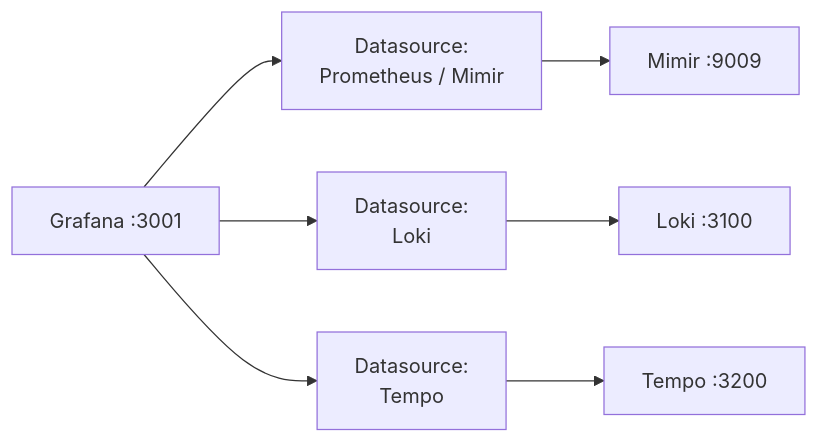
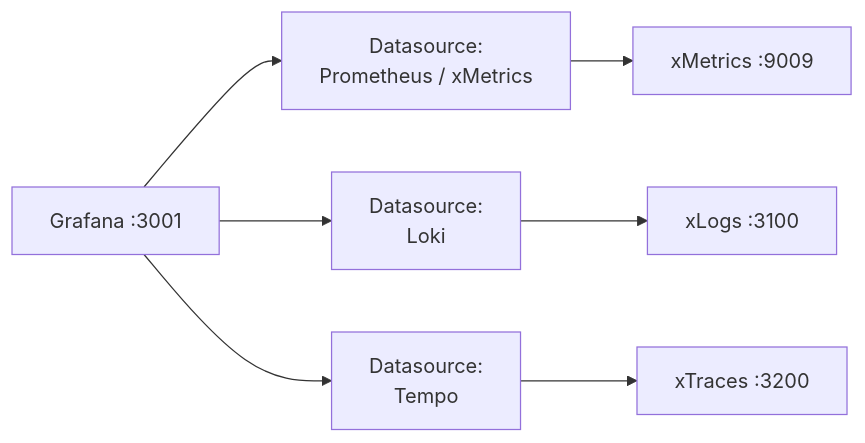
The diagram in docs/labs/lab-04-grafana.md (xscaler/training), drawn with Mermaid before and after one commit. The commit also changed other lines of this file and 29 other files, not shown here.

````diff
--- a/docs/labs/lab-04-grafana.md
+++ b/docs/labs/lab-04-grafana.md
@@ -15,14 +15,14 @@
 ```mermaid
 graph LR
     GR[Grafana :3001]
-    DS_M[Datasource:\nPrometheus / Mimir]
+    DS_M[Datasource:\nPrometheus / xMetrics]
     DS_L[Datasource:\nLoki]
     DS_T[Datasource:\nTempo]
-    MI[Mimir :9009]
-    LO[Loki :3100]
-    TE[Tempo :3200]
+    MI[xMetrics :9009]
+    LO[xLogs :3100]
+    TE[xTraces :3200]
 
     GR --> DS_M --> MI
     GR --> DS_L --> LO
     GR --> DS_T --> TE
 ```
````
